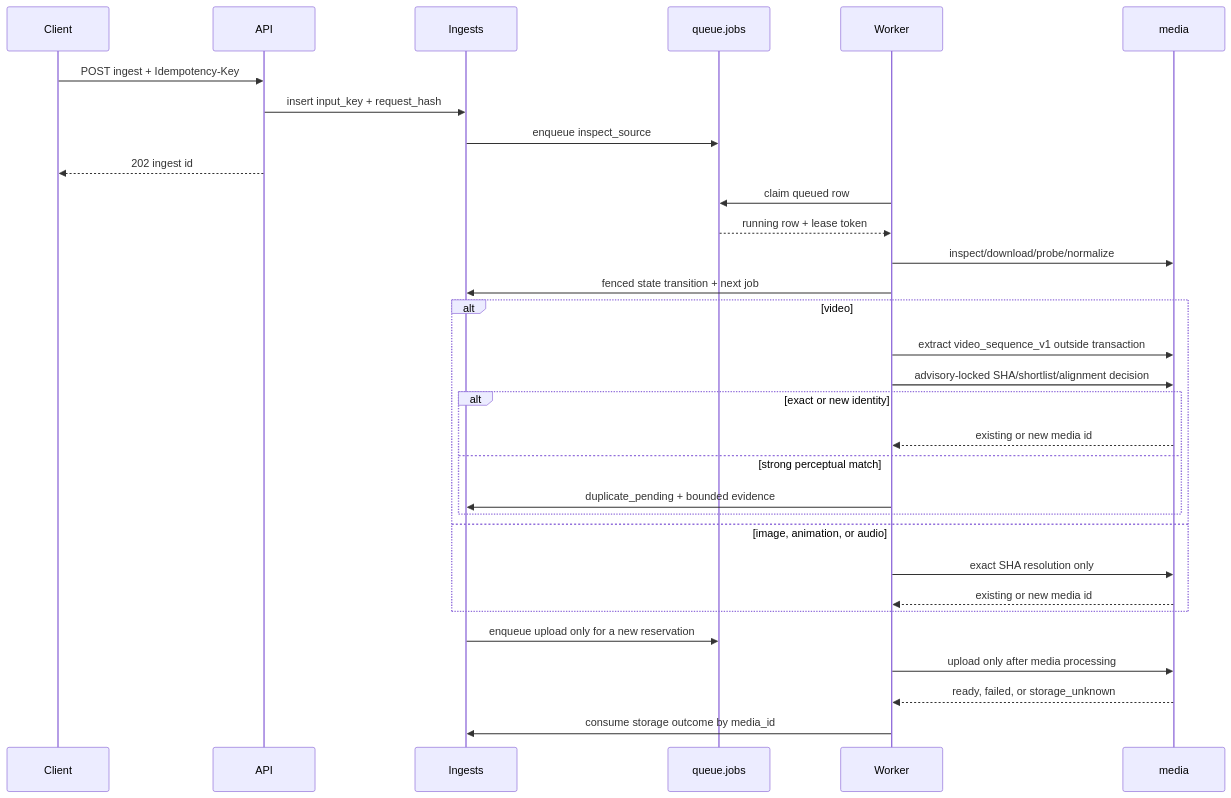
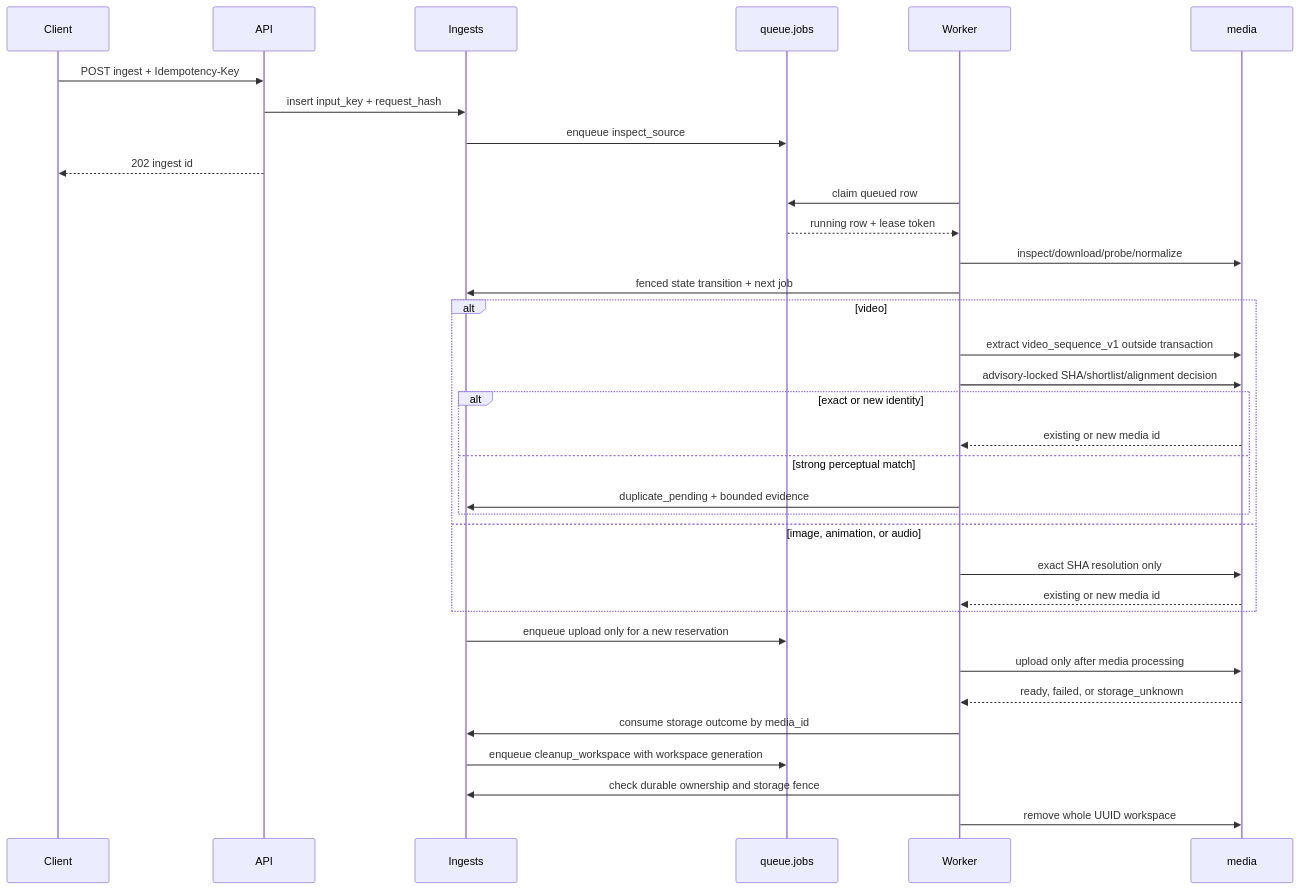
One commit to godlikedh/sooqa changed the second of 2 diagrams in docs/architecture.md. Above: the diagram before and after it, drawn with Mermaid. The commit also changed other lines of this file and 17 other files, not shown here.

````diff
--- a/docs/architecture.md
+++ b/docs/architecture.md
@@ -87,34 +95,37 @@
 ```mermaid
 sequenceDiagram
     participant Client
     participant API
     participant Ingests
     participant Queue as queue.jobs
     participant Worker
     participant Media as media
 
     Client->>API: POST ingest + Idempotency-Key
     API->>Ingests: insert input_key + request_hash
     Ingests->>Queue: enqueue inspect_source
     API-->>Client: 202 ingest id
     Worker->>Queue: claim queued row
     Queue-->>Worker: running row + lease token
     Worker->>Media: inspect/download/probe/normalize
     Worker->>Ingests: fenced state transition + next job
     alt video
         Worker->>Media: extract video_sequence_v1 outside transaction
         Worker->>Media: advisory-locked SHA/shortlist/alignment decision
         alt exact or new identity
             Media-->>Worker: existing or new media id
         else strong perceptual match
             Worker->>Ingests: duplicate_pending + bounded evidence
         end
     else image, animation, or audio
         Worker->>Media: exact SHA resolution only
         Media-->>Worker: existing or new media id
     end
     Ingests->>Queue: enqueue upload only for a new reservation
     Worker->>Media: upload only after media processing
     Media-->>Worker: ready, failed, or storage_unknown
     Worker->>Ingests: consume storage outcome by media_id
+    Ingests->>Queue: enqueue cleanup_workspace with workspace generation
+    Worker->>Ingests: check durable ownership and storage fence
+    Worker->>Media: remove whole UUID workspace
 ```
````
